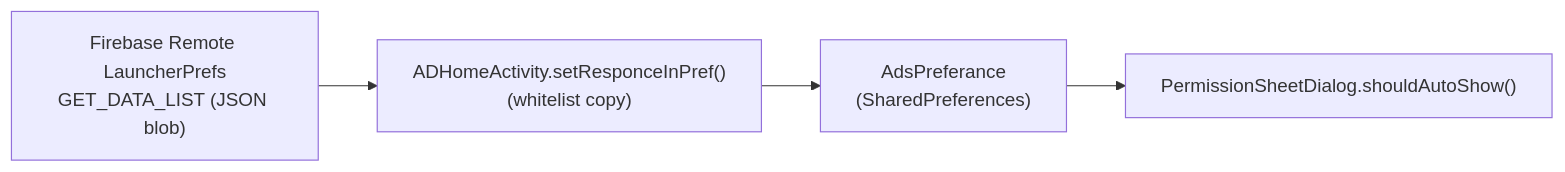
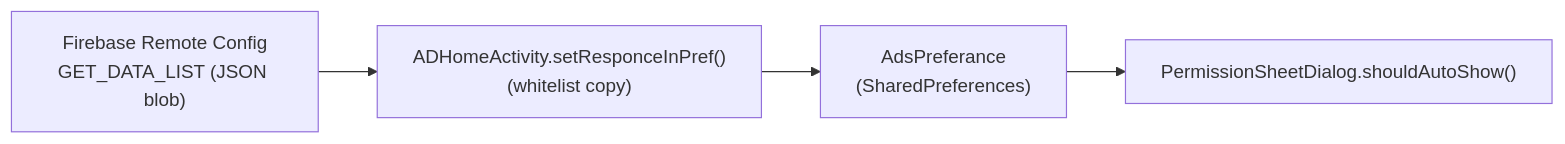
The first of 3 diagrams in docs/permission-sheet-flow.md (poojakpeworld00-hue/Caller__ID__Lookup), drawn with Mermaid before and after one commit. The commit also changed other lines of this file and 43 other files, not shown here.

````diff
--- a/docs/permission-sheet-flow.md
+++ b/docs/permission-sheet-flow.md
@@ -52,8 +52,8 @@
 ```mermaid
 flowchart LR
-    RC["Firebase Remote LauncherPrefs<br/>GET_DATA_LIST (JSON blob)"]
+    RC["Firebase Remote Config<br/>GET_DATA_LIST (JSON blob)"]
     SPLASH["ADHomeActivity.setResponceInPref()<br/>(whitelist copy)"]
     ADS["AdsPreferance<br/>(SharedPreferences)"]
     GATE["PermissionSheetDialog.shouldAutoShow()"]
     RC --> SPLASH --> ADS --> GATE
 ```
````
